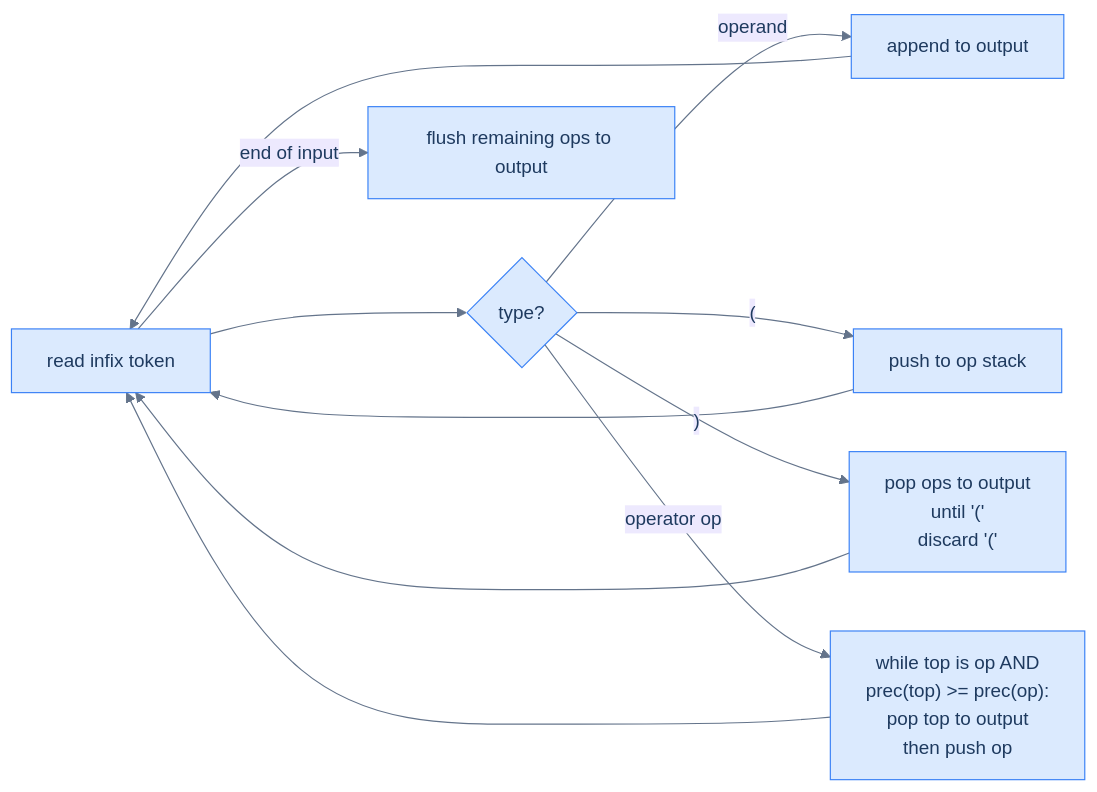
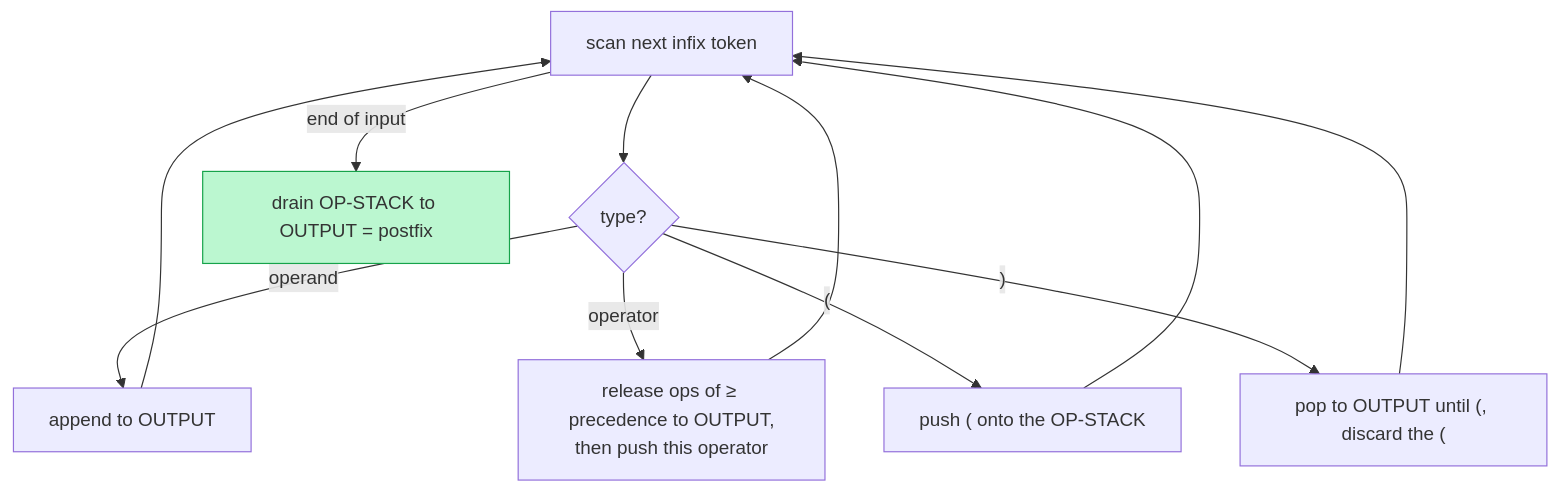
One commit to ani2fun/codefolio changed the diagram in content/cortex/data-structures-and-algorithms/02-linear-structures/05-stack/06-converting-expressions-using-stack.md. Above: the diagram before and after it, drawn with Mermaid. The commit also changed other lines of this file and 1049 other files, not shown here.

````diff
--- a/content/cortex/data-structures-and-algorithms/02-linear-structures/05-stack/06-converting-expressions-using-stack.md
+++ b/content/cortex/data-structures-and-algorithms/02-linear-structures/05-stack/06-converting-expressions-using-stack.md
@@ -731,21 +80,14 @@
 ```mermaid
----
-config:
-  theme: base
-  themeVariables:
-    primaryColor: "#dbeafe"
-    primaryBorderColor: "#3b82f6"
-    primaryTextColor: "#1e3a5f"
-    lineColor: "#64748b"
-    secondaryColor: "#ede9fe"
-    tertiaryColor: "#fef9c3"
----
-flowchart LR
-    R["read infix token"] --> Q{"type?"}
-    Q -->|"operand"| P["append to output"]
-    Q -->|"("| L["push to op stack"]
-    Q -->|")"| R1["pop ops to output<br/>until '('<br/>discard '('"]
-    Q -->|"operator op"| F["while top is op AND<br/>prec(top) >= prec(op):<br/>pop top to output<br/>then push op"]
-    P --> R; L --> R; R1 --> R; F --> R
-    R -->|"end of input"| FL["flush remaining ops to output"]
+flowchart TB
+  tok["scan next infix token"] --> q{"type?"}
+  q -->|operand| o["append to OUTPUT"]
+  q -->|operator| op["release ops of ≥ precedence to OUTPUT,<br/>then push this operator"]
+  q -->|"("| lp["push ( onto the OP-STACK"]
+  q -->|")"| rp["pop to OUTPUT until (, discard the ("]
+  o --> tok
+  op --> tok
+  lp --> tok
+  rp --> tok
+  tok -->|end of input| drain["drain OP-STACK to OUTPUT = postfix"]
+  style drain fill:#bbf7d0,stroke:#16a34a
 ```
````
